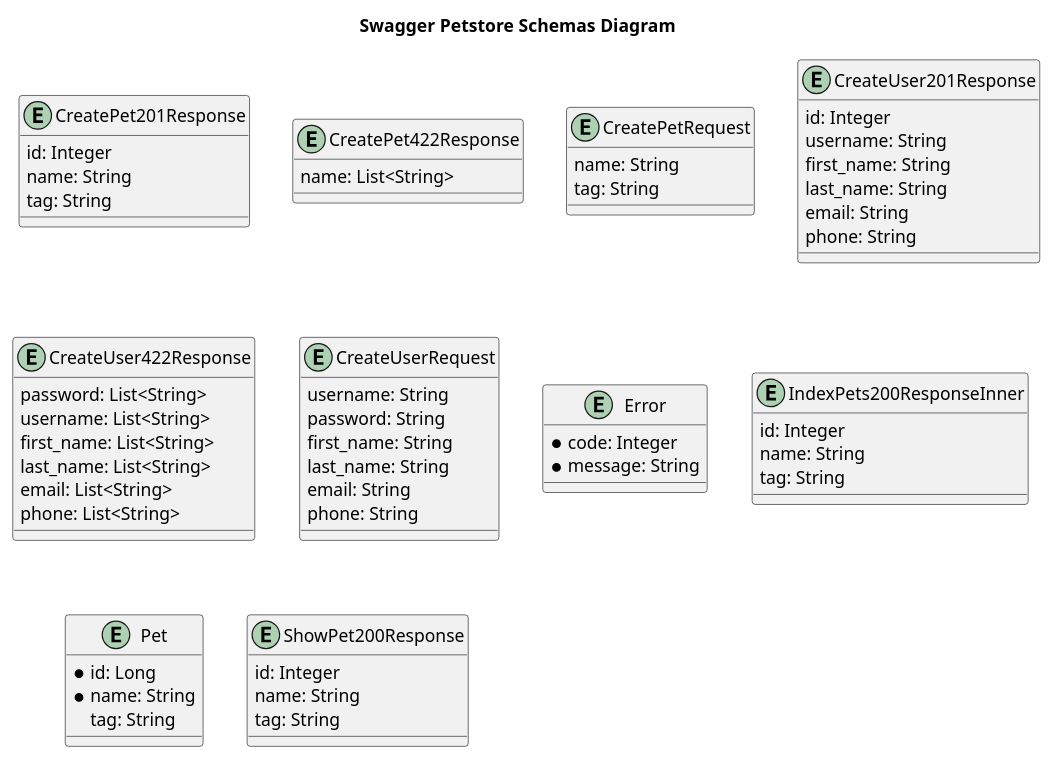
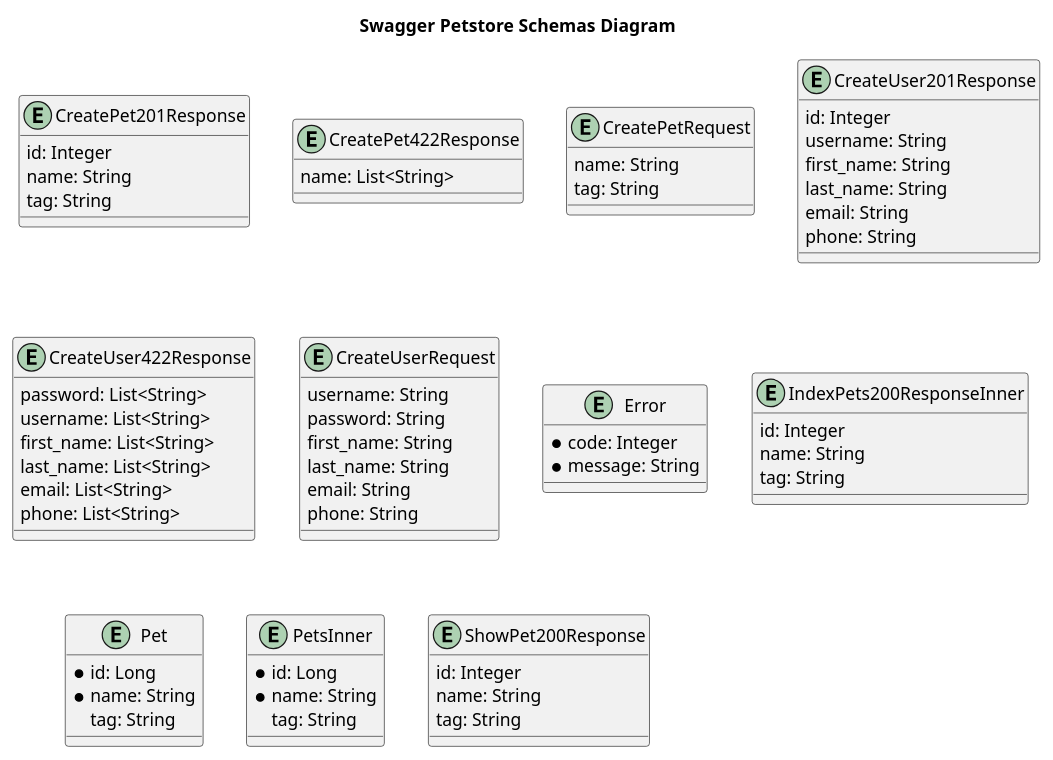
Before and after one commit to katoy/petstore-rails: the diagram in dest/schemas.plantuml, drawn with PlantUML. The commit also changed 7 other files, not shown here.

```diff
--- a/dest/schemas.plantuml
+++ b/dest/schemas.plantuml
@@ -1,72 +1,78 @@
 @startuml
 
 title Swagger Petstore Schemas Diagram
 
 entity CreatePet201Response {
     id: Integer
     name: String
     tag: String
 }
 
 entity CreatePet422Response {
     name: List<String>
 }
 
 entity CreatePetRequest {
     name: String
     tag: String
 }
 
 entity CreateUser201Response {
     id: Integer
     username: String
     first_name: String
     last_name: String
     email: String
     phone: String
 }
 
 entity CreateUser422Response {
     password: List<String>
     username: List<String>
     first_name: List<String>
     last_name: List<String>
     email: List<String>
     phone: List<String>
 }
 
 entity CreateUserRequest {
     username: String
     password: String
     first_name: String
     last_name: String
     email: String
     phone: String
 }
 
 entity Error {
     * code: Integer
     * message: String
 }
 
 entity IndexPets200ResponseInner {
     id: Integer
     name: String
     tag: String
 }
 
 entity Pet {
     * id: Long
     * name: String
     tag: String
 }
 
+entity PetsInner {
+    * id: Long
+    * name: String
+    tag: String
+}
+
 entity ShowPet200Response {
     id: Integer
     name: String
     tag: String
 }
 
 
 
 @enduml
```
